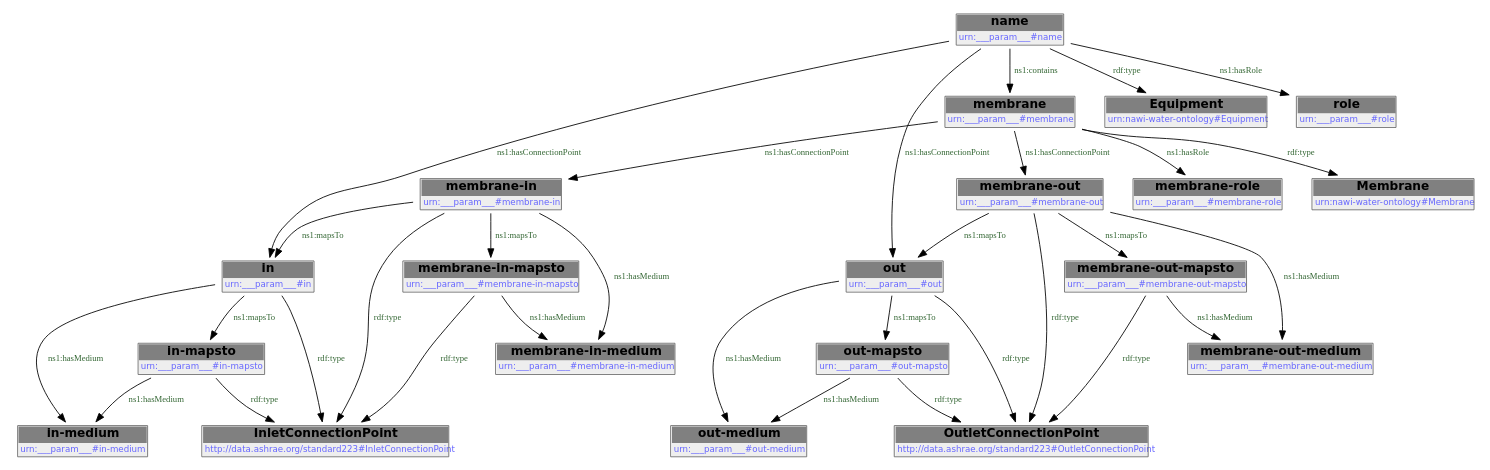
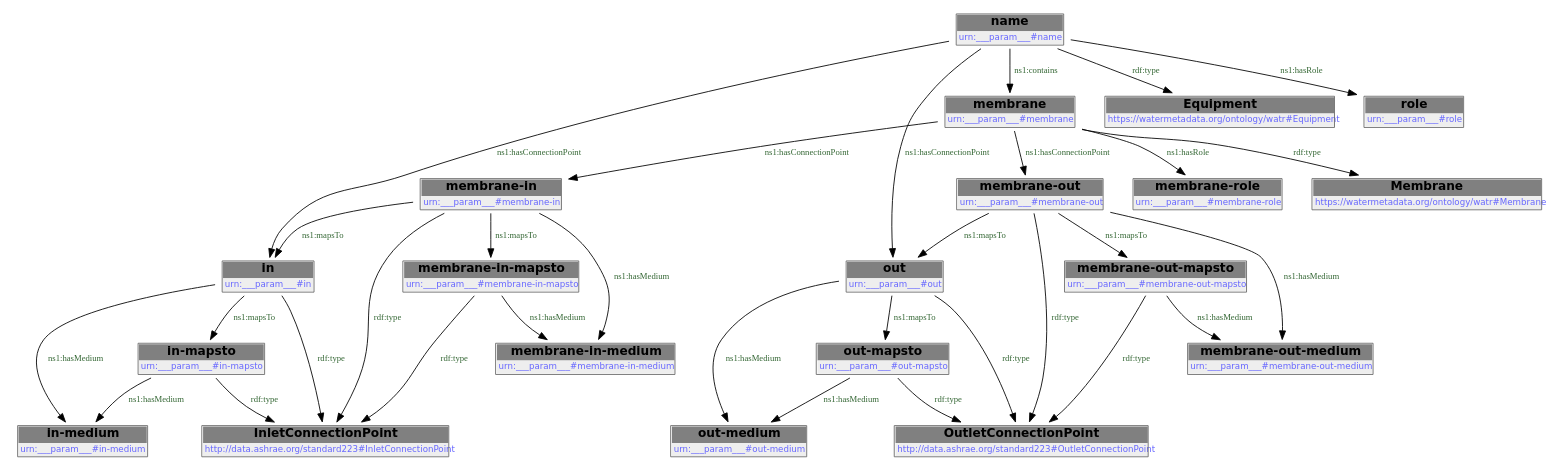
One commit to DataDrivenCPS/water-ontology changed the second of 2 diagrams in docs/libraries/templates/membrane-module.rst. Above: the diagram before and after it, drawn with Graphviz. The commit also changed other lines of this file and 43 other files, not shown here.

First line of the commit message:
feat: move ontology to https://watermetadata.org base URI

```diff
--- a/docs/libraries/templates/membrane-module.rst
+++ b/docs/libraries/templates/membrane-module.rst
@@ -133,56 +133,56 @@
         .. graphviz::
 
                 digraph G {
             node [fontname="DejaVu Sans"];
             node0 -> node1 [color=BLACK, label=< <font point-size='10' color='#336633'>ns1:hasConnectionPoint</font> >];
             node1 -> node2 [color=BLACK, label=< <font point-size='10' color='#336633'>ns1:hasMedium</font> >];
             node0 -> node3 [color=BLACK, label=< <font point-size='10' color='#336633'>ns1:hasConnectionPoint</font> >];
             node4 -> node2 [color=BLACK, label=< <font point-size='10' color='#336633'>ns1:hasMedium</font> >];
             node5 -> node6 [color=BLACK, label=< <font point-size='10' color='#336633'>ns1:mapsTo</font> >];
             node7 -> node1 [color=BLACK, label=< <font point-size='10' color='#336633'>ns1:mapsTo</font> >];
             node8 -> node5 [color=BLACK, label=< <font point-size='10' color='#336633'>ns1:hasConnectionPoint</font> >];
             node3 -> node9 [color=BLACK, label=< <font point-size='10' color='#336633'>ns1:hasMedium</font> >];
             node1 -> node10 [color=BLACK, label=< <font point-size='10' color='#336633'>rdf:type</font> >];
             node7 -> node11 [color=BLACK, label=< <font point-size='10' color='#336633'>ns1:mapsTo</font> >];
             node12 -> node13 [color=BLACK, label=< <font point-size='10' color='#336633'>rdf:type</font> >];
             node4 -> node10 [color=BLACK, label=< <font point-size='10' color='#336633'>rdf:type</font> >];
             node5 -> node14 [color=BLACK, label=< <font point-size='10' color='#336633'>ns1:hasMedium</font> >];
             node3 -> node12 [color=BLACK, label=< <font point-size='10' color='#336633'>ns1:mapsTo</font> >];
             node5 -> node13 [color=BLACK, label=< <font point-size='10' color='#336633'>rdf:type</font> >];
             node3 -> node13 [color=BLACK, label=< <font point-size='10' color='#336633'>rdf:type</font> >];
             node11 -> node10 [color=BLACK, label=< <font point-size='10' color='#336633'>rdf:type</font> >];
             node8 -> node15 [color=BLACK, label=< <font point-size='10' color='#336633'>ns1:hasRole</font> >];
             node12 -> node9 [color=BLACK, label=< <font point-size='10' color='#336633'>ns1:hasMedium</font> >];
             node11 -> node16 [color=BLACK, label=< <font point-size='10' color='#336633'>ns1:hasMedium</font> >];
             node7 -> node16 [color=BLACK, label=< <font point-size='10' color='#336633'>ns1:hasMedium</font> >];
             node0 -> node17 [color=BLACK, label=< <font point-size='10' color='#336633'>rdf:type</font> >];
             node0 -> node18 [color=BLACK, label=< <font point-size='10' color='#336633'>ns1:hasRole</font> >];
             node6 -> node14 [color=BLACK, label=< <font point-size='10' color='#336633'>ns1:hasMedium</font> >];
             node0 -> node8 [color=BLACK, label=< <font point-size='10' color='#336633'>ns1:contains</font> >];
             node6 -> node13 [color=BLACK, label=< <font point-size='10' color='#336633'>rdf:type</font> >];
             node5 -> node3 [color=BLACK, label=< <font point-size='10' color='#336633'>ns1:mapsTo</font> >];
             node7 -> node10 [color=BLACK, label=< <font point-size='10' color='#336633'>rdf:type</font> >];
             node8 -> node19 [color=BLACK, label=< <font point-size='10' color='#336633'>rdf:type</font> >];
             node1 -> node4 [color=BLACK, label=< <font point-size='10' color='#336633'>ns1:mapsTo</font> >];
             node8 -> node7 [color=BLACK, label=< <font point-size='10' color='#336633'>ns1:hasConnectionPoint</font> >];
             node0 [shape=none, color=black, label=< <table color='#666666' cellborder='0' cellspacing='0' border='1'><tr><td colspan='2' bgcolor='grey'><B>name</B></td></tr><tr><td href='urn:___param___#name' bgcolor='#eeeeee' colspan='2'><font point-size='10' color='#6666ff'>urn:___param___#name</font></td></tr></table> >];
             node1 [shape=none, color=black, label=< <table color='#666666' cellborder='0' cellspacing='0' border='1'><tr><td colspan='2' bgcolor='grey'><B>in</B></td></tr><tr><td href='urn:___param___#in' bgcolor='#eeeeee' colspan='2'><font point-size='10' color='#6666ff'>urn:___param___#in</font></td></tr></table> >];
             node2 [shape=none, color=black, label=< <table color='#666666' cellborder='0' cellspacing='0' border='1'><tr><td colspan='2' bgcolor='grey'><B>in-medium</B></td></tr><tr><td href='urn:___param___#in-medium' bgcolor='#eeeeee' colspan='2'><font point-size='10' color='#6666ff'>urn:___param___#in-medium</font></td></tr></table> >];
             node3 [shape=none, color=black, label=< <table color='#666666' cellborder='0' cellspacing='0' border='1'><tr><td colspan='2' bgcolor='grey'><B>out</B></td></tr><tr><td href='urn:___param___#out' bgcolor='#eeeeee' colspan='2'><font point-size='10' color='#6666ff'>urn:___param___#out</font></td></tr></table> >];
             node4 [shape=none, color=black, label=< <table color='#666666' cellborder='0' cellspacing='0' border='1'><tr><td colspan='2' bgcolor='grey'><B>in-mapsto</B></td></tr><tr><td href='urn:___param___#in-mapsto' bgcolor='#eeeeee' colspan='2'><font point-size='10' color='#6666ff'>urn:___param___#in-mapsto</font></td></tr></table> >];
             node5 [shape=none, color=black, label=< <table color='#666666' cellborder='0' cellspacing='0' border='1'><tr><td colspan='2' bgcolor='grey'><B>membrane-out</B></td></tr><tr><td href='urn:___param___#membrane-out' bgcolor='#eeeeee' colspan='2'><font point-size='10' color='#6666ff'>urn:___param___#membrane-out</font></td></tr></table> >];
             node6 [shape=none, color=black, label=< <table color='#666666' cellborder='0' cellspacing='0' border='1'><tr><td colspan='2' bgcolor='grey'><B>membrane-out-mapsto</B></td></tr><tr><td href='urn:___param___#membrane-out-mapsto' bgcolor='#eeeeee' colspan='2'><font point-size='10' color='#6666ff'>urn:___param___#membrane-out-mapsto</font></td></tr></table> >];
             node7 [shape=none, color=black, label=< <table color='#666666' cellborder='0' cellspacing='0' border='1'><tr><td colspan='2' bgcolor='grey'><B>membrane-in</B></td></tr><tr><td href='urn:___param___#membrane-in' bgcolor='#eeeeee' colspan='2'><font point-size='10' color='#6666ff'>urn:___param___#membrane-in</font></td></tr></table> >];
             node8 [shape=none, color=black, label=< <table color='#666666' cellborder='0' cellspacing='0' border='1'><tr><td colspan='2' bgcolor='grey'><B>membrane</B></td></tr><tr><td href='urn:___param___#membrane' bgcolor='#eeeeee' colspan='2'><font point-size='10' color='#6666ff'>urn:___param___#membrane</font></td></tr></table> >];
             node9 [shape=none, color=black, label=< <table color='#666666' cellborder='0' cellspacing='0' border='1'><tr><td colspan='2' bgcolor='grey'><B>out-medium</B></td></tr><tr><td href='urn:___param___#out-medium' bgcolor='#eeeeee' colspan='2'><font point-size='10' color='#6666ff'>urn:___param___#out-medium</font></td></tr></table> >];
             node10 [shape=none, color=black, label=< <table color='#666666' cellborder='0' cellspacing='0' border='1'><tr><td colspan='2' bgcolor='grey'><B>InletConnectionPoint</B></td></tr><tr><td href='http://data.ashrae.org/standard223#InletConnectionPoint' bgcolor='#eeeeee' colspan='2'><font point-size='10' color='#6666ff'>http://data.ashrae.org/standard223#InletConnectionPoint</font></td></tr></table> >];
             node11 [shape=none, color=black, label=< <table color='#666666' cellborder='0' cellspacing='0' border='1'><tr><td colspan='2' bgcolor='grey'><B>membrane-in-mapsto</B></td></tr><tr><td href='urn:___param___#membrane-in-mapsto' bgcolor='#eeeeee' colspan='2'><font point-size='10' color='#6666ff'>urn:___param___#membrane-in-mapsto</font></td></tr></table> >];
             node12 [shape=none, color=black, label=< <table color='#666666' cellborder='0' cellspacing='0' border='1'><tr><td colspan='2' bgcolor='grey'><B>out-mapsto</B></td></tr><tr><td href='urn:___param___#out-mapsto' bgcolor='#eeeeee' colspan='2'><font point-size='10' color='#6666ff'>urn:___param___#out-mapsto</font></td></tr></table> >];
             node13 [shape=none, color=black, label=< <table color='#666666' cellborder='0' cellspacing='0' border='1'><tr><td colspan='2' bgcolor='grey'><B>OutletConnectionPoint</B></td></tr><tr><td href='http://data.ashrae.org/standard223#OutletConnectionPoint' bgcolor='#eeeeee' colspan='2'><font point-size='10' color='#6666ff'>http://data.ashrae.org/standard223#OutletConnectionPoint</font></td></tr></table> >];
             node14 [shape=none, color=black, label=< <table color='#666666' cellborder='0' cellspacing='0' border='1'><tr><td colspan='2' bgcolor='grey'><B>membrane-out-medium</B></td></tr><tr><td href='urn:___param___#membrane-out-medium' bgcolor='#eeeeee' colspan='2'><font point-size='10' color='#6666ff'>urn:___param___#membrane-out-medium</font></td></tr></table> >];
             node15 [shape=none, color=black, label=< <table color='#666666' cellborder='0' cellspacing='0' border='1'><tr><td colspan='2' bgcolor='grey'><B>membrane-role</B></td></tr><tr><td href='urn:___param___#membrane-role' bgcolor='#eeeeee' colspan='2'><font point-size='10' color='#6666ff'>urn:___param___#membrane-role</font></td></tr></table> >];
             node16 [shape=none, color=black, label=< <table color='#666666' cellborder='0' cellspacing='0' border='1'><tr><td colspan='2' bgcolor='grey'><B>membrane-in-medium</B></td></tr><tr><td href='urn:___param___#membrane-in-medium' bgcolor='#eeeeee' colspan='2'><font point-size='10' color='#6666ff'>urn:___param___#membrane-in-medium</font></td></tr></table> >];
-            node17 [shape=none, color=black, label=< <table color='#666666' cellborder='0' cellspacing='0' border='1'><tr><td colspan='2' bgcolor='grey'><B>Equipment</B></td></tr><tr><td href='urn:nawi-water-ontology#Equipment' bgcolor='#eeeeee' colspan='2'><font point-size='10' color='#6666ff'>urn:nawi-water-ontology#Equipment</font></td></tr></table> >];
+            node17 [shape=none, color=black, label=< <table color='#666666' cellborder='0' cellspacing='0' border='1'><tr><td colspan='2' bgcolor='grey'><B>Equipment</B></td></tr><tr><td href='https://watermetadata.org/ontology/watr#Equipment' bgcolor='#eeeeee' colspan='2'><font point-size='10' color='#6666ff'>https://watermetadata.org/ontology/watr#Equipment</font></td></tr></table> >];
             node18 [shape=none, color=black, label=< <table color='#666666' cellborder='0' cellspacing='0' border='1'><tr><td colspan='2' bgcolor='grey'><B>role</B></td></tr><tr><td href='urn:___param___#role' bgcolor='#eeeeee' colspan='2'><font point-size='10' color='#6666ff'>urn:___param___#role</font></td></tr></table> >];
-            node19 [shape=none, color=black, label=< <table color='#666666' cellborder='0' cellspacing='0' border='1'><tr><td colspan='2' bgcolor='grey'><B>Membrane</B></td></tr><tr><td href='urn:nawi-water-ontology#Membrane' bgcolor='#eeeeee' colspan='2'><font point-size='10' color='#6666ff'>urn:nawi-water-ontology#Membrane</font></td></tr></table> >];
+            node19 [shape=none, color=black, label=< <table color='#666666' cellborder='0' cellspacing='0' border='1'><tr><td colspan='2' bgcolor='grey'><B>Membrane</B></td></tr><tr><td href='https://watermetadata.org/ontology/watr#Membrane' bgcolor='#eeeeee' colspan='2'><font point-size='10' color='#6666ff'>https://watermetadata.org/ontology/watr#Membrane</font></td></tr></table> >];
             }
```
